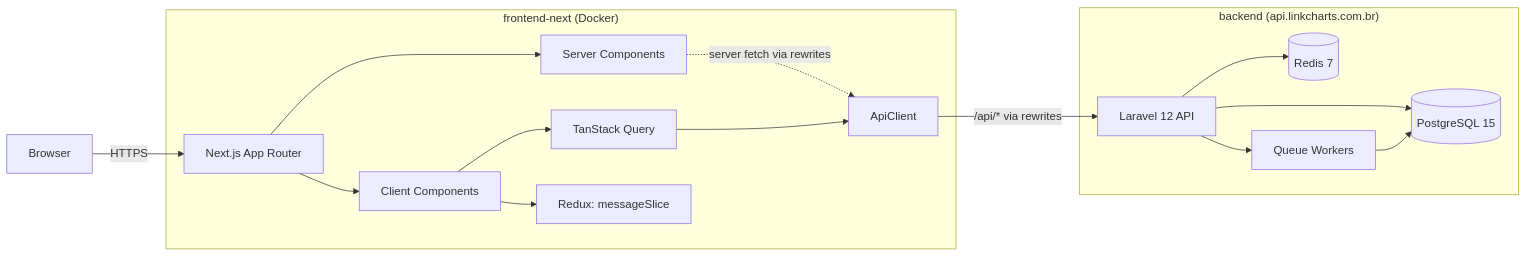
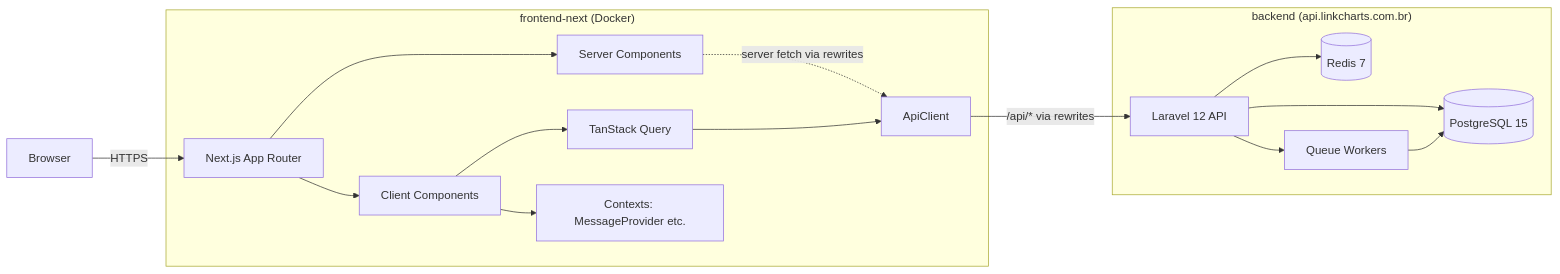
The diagram in docs/diagrams/architecture.md (bcordeirodev/linkchart-frontend), drawn with Mermaid before and after one commit. The commit also changed other lines of this file and 10 other files, not shown here.

````diff
--- a/docs/diagrams/architecture.md
+++ b/docs/diagrams/architecture.md
@@ -5,31 +5,31 @@
 ```mermaid
 flowchart LR
   Browser[Browser]
   subgraph Front["frontend-next (Docker)"]
     App[Next.js App Router]
     SC[Server Components]
     CC[Client Components]
     AC[ApiClient]
     RQ[TanStack Query]
-    R[Redux: messageSlice]
+    CTX[Contexts: MessageProvider etc.]
   end
   subgraph Back["backend (api.linkcharts.com.br)"]
     L[Laravel 12 API]
     PG[(PostgreSQL 15)]
     Redis[(Redis 7)]
     Q[Queue Workers]
   end
 
   Browser -->|HTTPS| App
   App --> SC
   App --> CC
   SC -.->|server fetch via rewrites| AC
   CC --> RQ
-  CC --> R
+  CC --> CTX
   RQ --> AC
   AC -->|/api/* via rewrites| L
   L --> PG
   L --> Redis
   L --> Q
   Q --> PG
 ```
````
